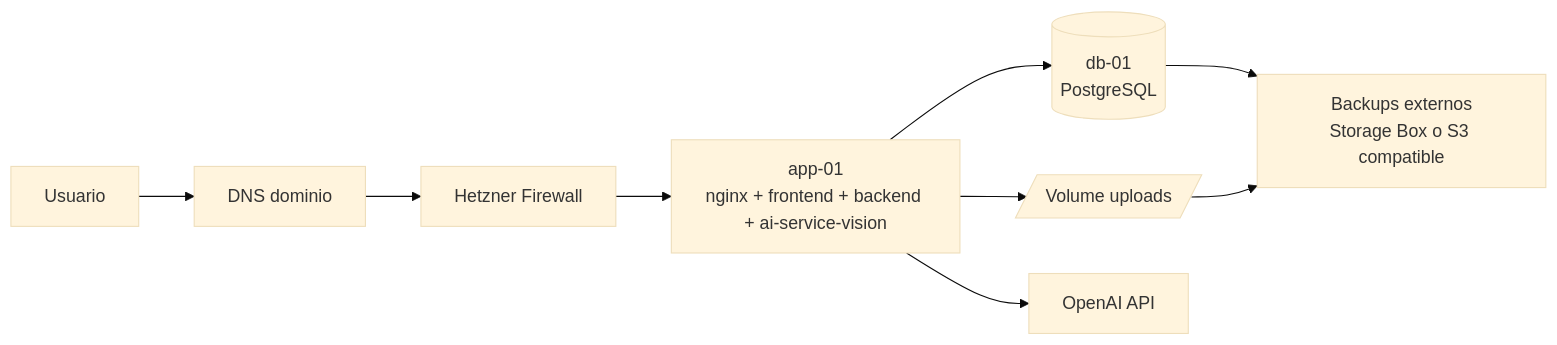
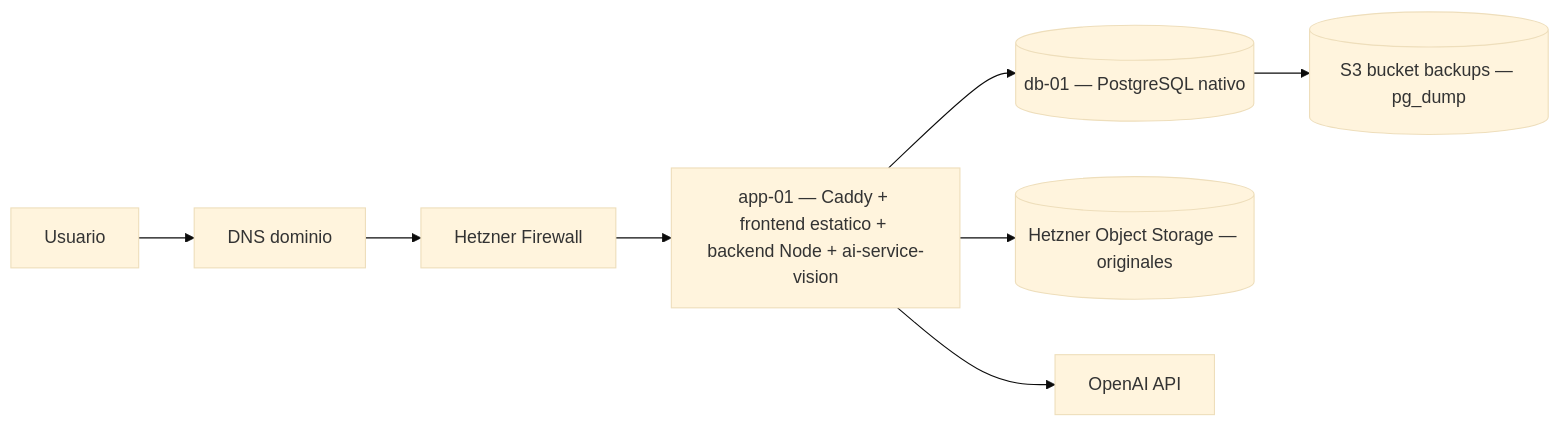
The diagram in docs/produccion-hetzner.md (raulmendoza21/Difactura-New), drawn with Mermaid (base theme) before and after one commit. The commit also changed other lines of this file and 3 other files, not shown here.

````diff
--- a/docs/produccion-hetzner.md
+++ b/docs/produccion-hetzner.md
@@ -163,11 +42,10 @@
 ```mermaid
 flowchart LR
     U[Usuario] --> DNS[DNS dominio]
     DNS --> FW[Hetzner Firewall]
-    FW --> APP[app-01\nnginx + frontend + backend + ai-service-vision]
-    APP --> DB[(db-01\nPostgreSQL)]
-    APP --> ST[/Volume uploads/]
-    DB --> BK[Backups externos\nStorage Box o S3 compatible]
-    ST --> BK
+    FW --> APP[app-01 — Caddy + frontend estatico + backend Node + ai-service-vision]
+    APP --> DB[(db-01 — PostgreSQL nativo)]
+    APP --> S3[(Hetzner Object Storage — originales)]
     APP --> OAI[OpenAI API]
+    DB --> S3B[(S3 bucket backups — pg_dump)]
 ```
````
